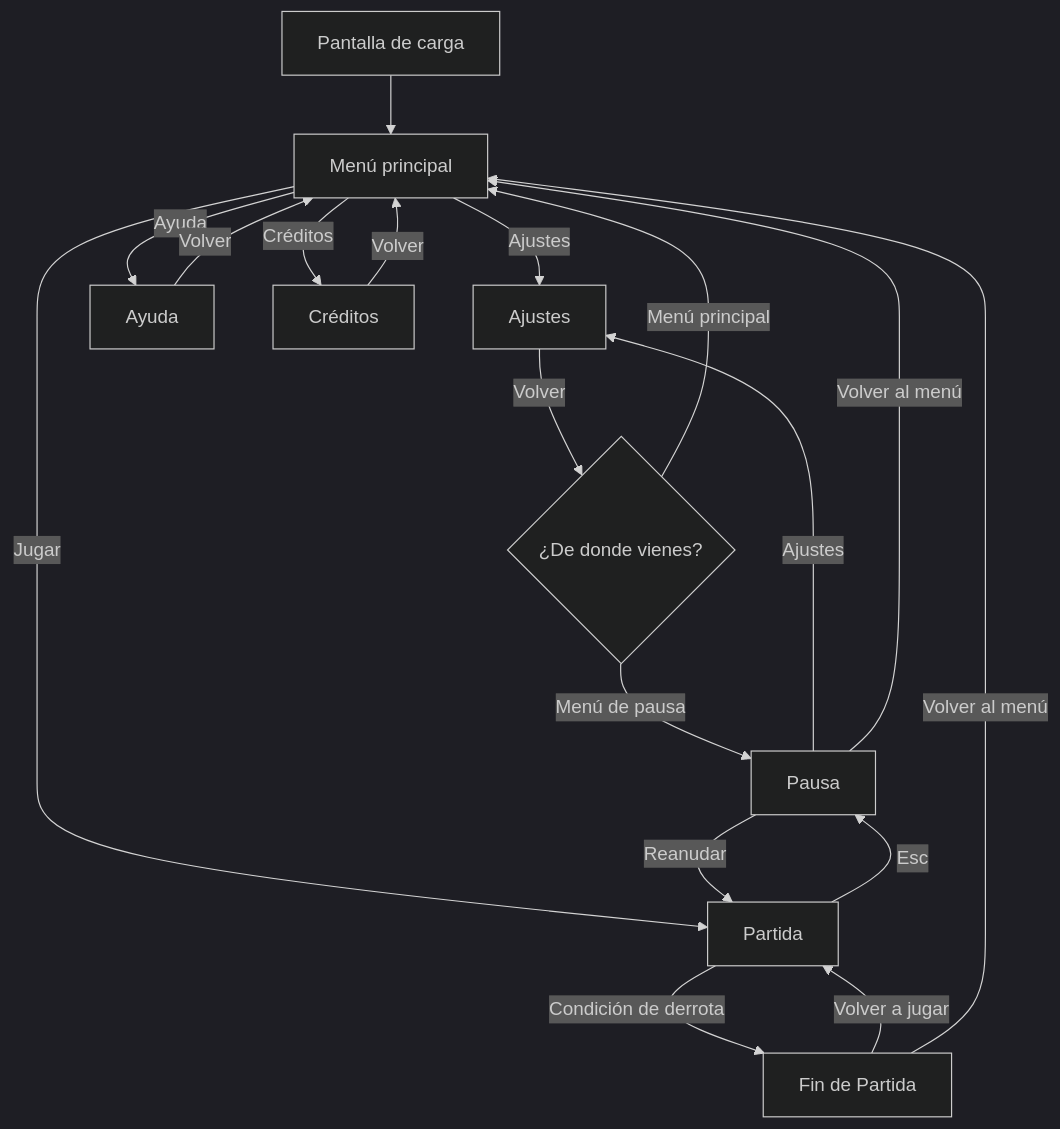
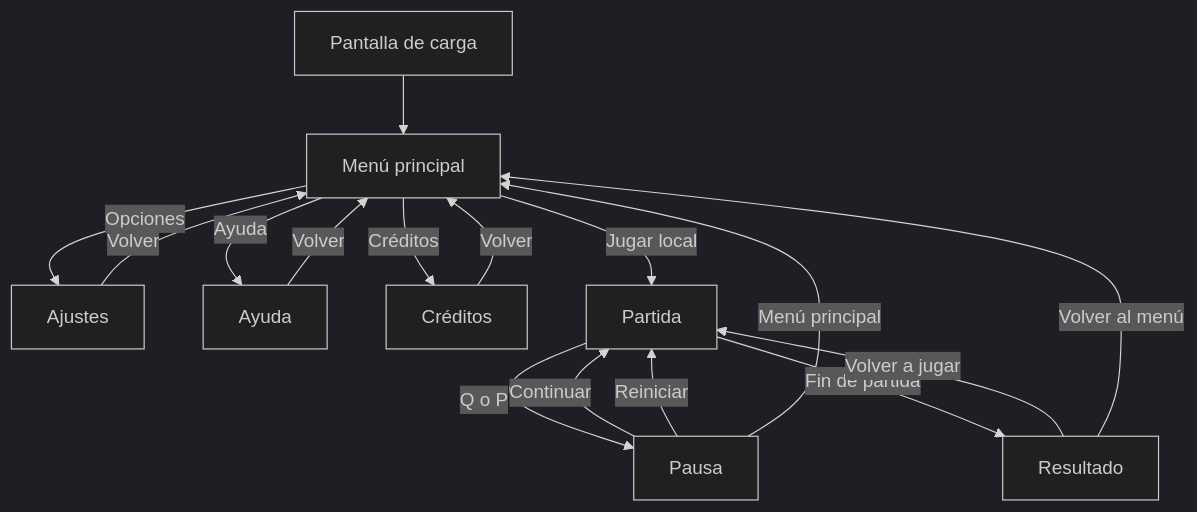
One commit to MRTN0624/Neon-Racers changed the diagram in GDD.md. Above: the diagram before and after it, drawn with Mermaid (dark theme). The commit also changed other lines of this file, not shown here.

````diff
--- a/GDD.md
+++ b/GDD.md
@@ -237,20 +244,18 @@
 ```mermaid
 flowchart TD
     A[Pantalla de carga] --> B[Menú principal]
-    B --> |Ajustes| D[Ajustes]
+    B --> |Opciones| D[Ajustes]
     B --> |Ayuda| J[Ayuda]
     J --> |Volver| B
     B --> |Créditos| E[Créditos]
     E --> |Volver| B
-    D --> |Volver| L{¿De donde vienes?}
-    B --> |Jugar| F[Partida]
-    F --> |Esc| K[Pausa]
-    K --> |Reanudar| F
-    K --> |Ajustes| D
-    K --> |Volver al menú| B
-    L --> |Menú principal| B
-    L --> |Menú de pausa| K
-    F --> |Condición de derrota| G[Fin de Partida]
+    D --> |Volver| B
+    B --> |Jugar local| F[Partida]
+    F --> |Q o P| K[Pausa]
+    K --> |Continuar| F
+    K --> |Reiniciar| F
+    K --> |Menú principal| B
+    F --> |Fin de partida| G[Resultado]
     G --> |Volver a jugar| F
     G --> |Volver al menú| B
 ```
````
